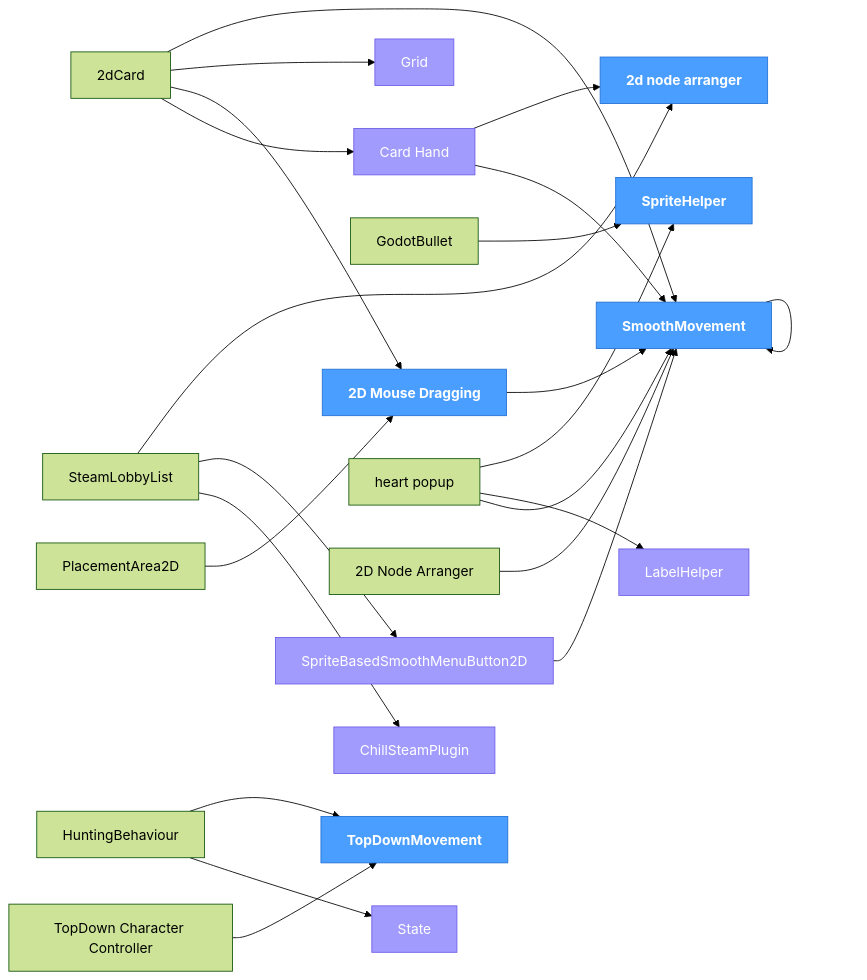
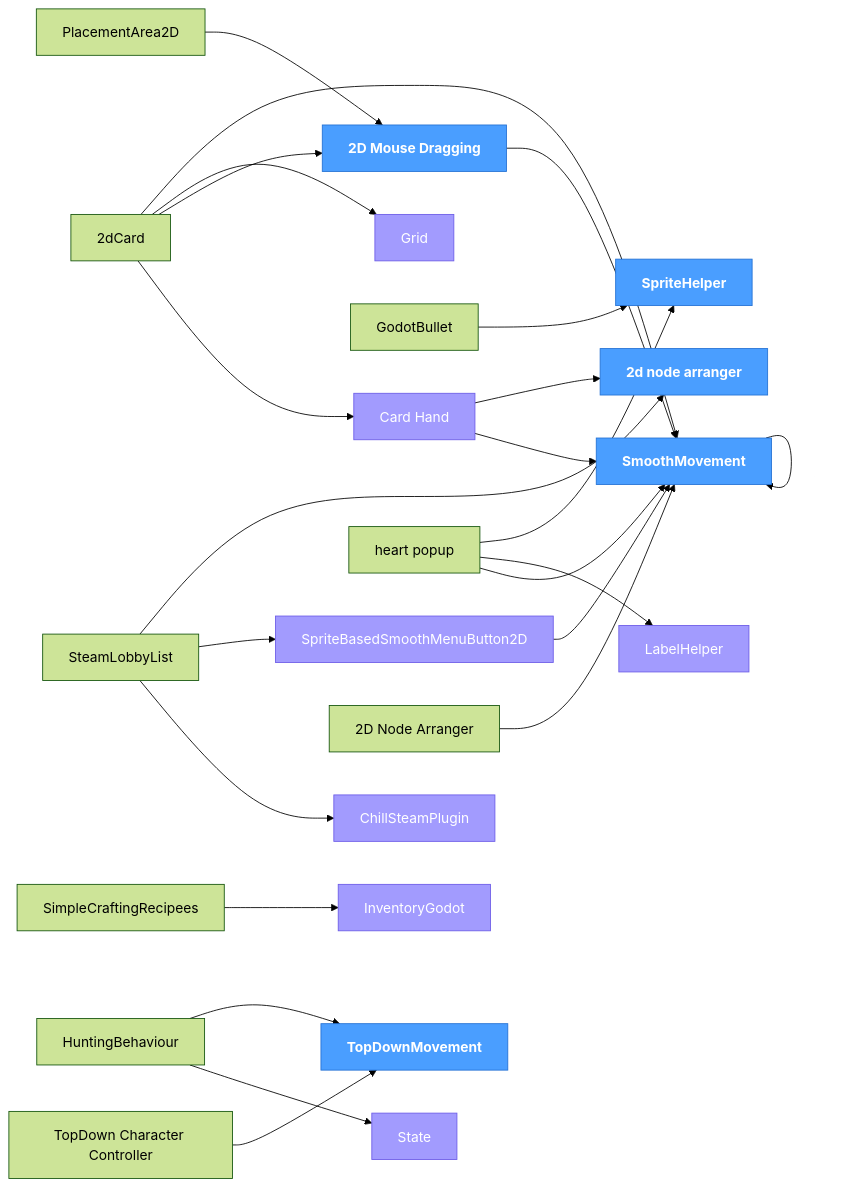
Before and after one commit to ChillCube/.github: the diagram in ADDONS.md, drawn with Mermaid (forest theme). The commit also changed other lines of this file, not shown here.

Commit message:
registry: update dependency tree

```diff
--- a/ADDONS.md
+++ b/ADDONS.md
@@ -100,11 +101,13 @@
     Godot_TopDown_Character_Controller["TopDown Character Controller"]
     heart_popup["heart popup"]
     HuntingBehaviour["HuntingBehaviour"]
+    InventoryGodot["InventoryGodot"]
     LabelHelper["LabelHelper"]
     n_2dCard["2dCard"]
     n_2d_node_arranger["2d node arranger"]
     n_2D_Node_Arranger["2D Node Arranger"]
     PlacementArea2D["PlacementArea2D"]
+    SimpleCraftingRecipees["SimpleCraftingRecipees"]
     SpriteHelper["SpriteHelper"]
     State["State"]
     SteamLobbyList["SteamLobbyList"]
@@ -128,6 +131,7 @@
     n_2dCard --> Godot_SmoothMovement
     n_2D_Node_Arranger --> Godot_SmoothMovement
     PlacementArea2D --> Godot_2D_Mouse_Dragging
+    SimpleCraftingRecipees --> InventoryGodot
     SteamLobbyList --> ChillSteamPlugin
     SteamLobbyList --> Godot_SpriteBasedSmoothMenuButton2D
     SteamLobbyList --> n_2d_node_arranger
@@ -138,6 +142,7 @@
     class Godot_Grid shared
     class Godot_SmoothMovement core
     class Godot_SpriteBasedSmoothMenuButton2D shared
+    class InventoryGodot shared
     class LabelHelper shared
     class n_2d_node_arranger core
     class SpriteHelper core
@@ -154,11 +159,13 @@
     click Godot_TopDown_Character_Controller href "https://github.com/ChillCube/Godot_TopDown_Character_Controller" _blank
     click heart_popup href "https://github.com/ChillCube/heart_popup" _blank
     click HuntingBehaviour href "https://github.com/ChillCube/HuntingBehaviour" _blank
+    click InventoryGodot href "https://github.com/ChillCube/InventoryGodot" _blank
     click LabelHelper href "https://github.com/ChillCube/LabelHelper" _blank
     click n_2dCard href "https://github.com/ChillCube/2dCard" _blank
     click n_2d_node_arranger href "https://github.com/ChillCube/2d_node_arranger" _blank
     click n_2D_Node_Arranger href "https://github.com/ChillCube/2d_node_arranger" _blank
     click PlacementArea2D href "https://github.com/ChillCube/PlacementArea2D" _blank
+    click SimpleCraftingRecipees href "https://github.com/ChillCube/SimpleCraftingRecipees" _blank
     click SpriteHelper href "https://github.com/ChillCube/SpriteHelper" _blank
     click State href "https://github.com/ChillCube/State" _blank
     click SteamLobbyList href "https://github.com/ChillCube/SteamLobbyList" _blank
```
